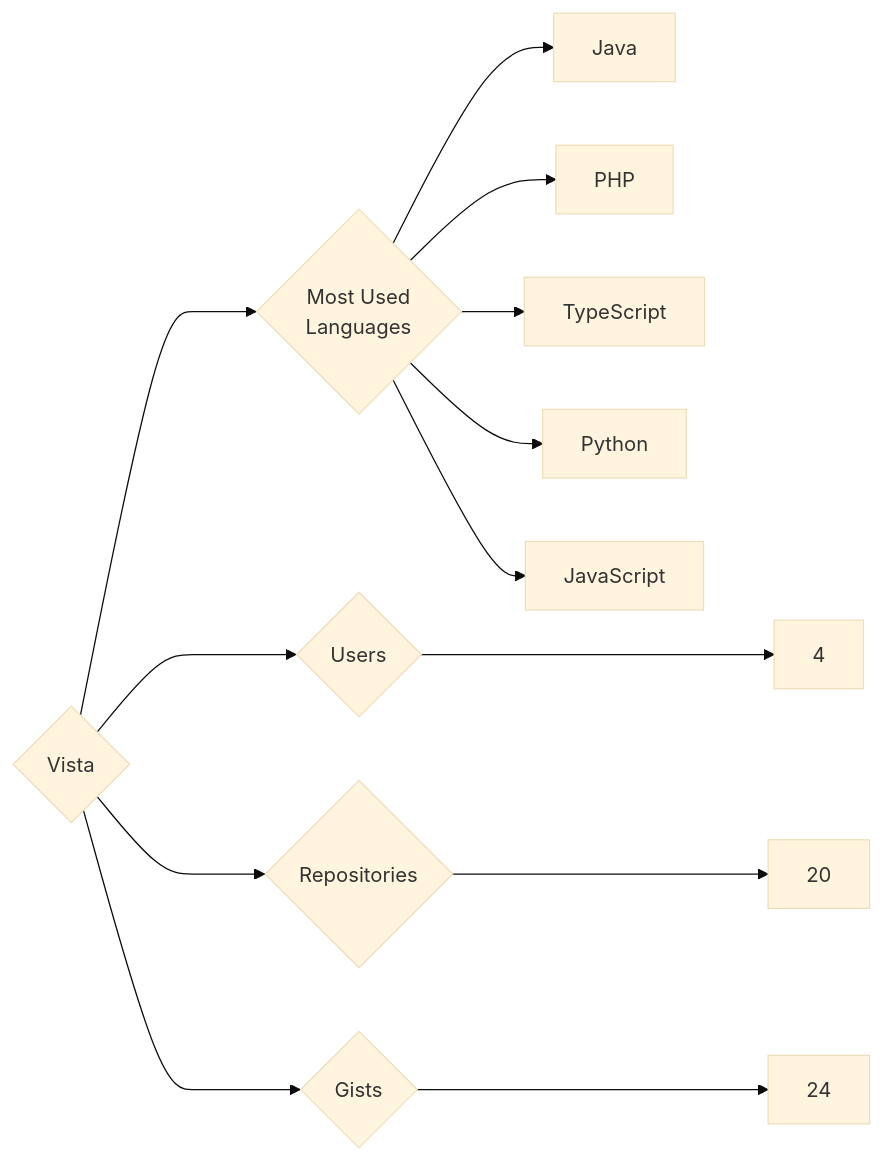
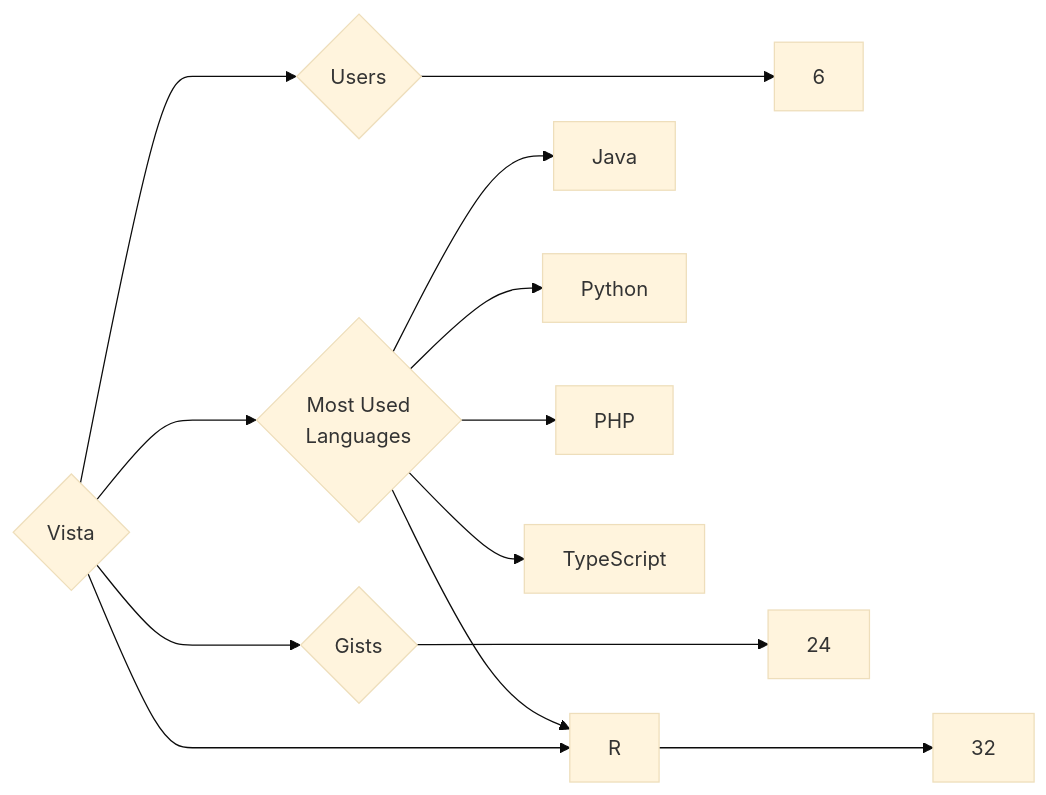
One commit to trickest/insiders changed the diagram in targets/Vista/README.md. Above: the diagram before and after it, drawn with Mermaid (base theme). The commit also changed 725 other files, not shown here.

````diff
--- a/targets/Vista/README.md
+++ b/targets/Vista/README.md
@@ -3,13 +3,13 @@
 ```mermaid
 graph LR
 COMPANY_NAME{Vista}
-COMPANY_NAME ---> U{Users} ---> UN[4]
-COMPANY_NAME ---> R{Repositories} ---> RN[20]
+COMPANY_NAME ---> U{Users} ---> UN[6]
+COMPANY_NAME ---> R{Repositories} ---> RN[32]
 COMPANY_NAME ---> G{Gists} ---> GN[24]
 COMPANY_NAME ---> ML{Most Used<br>Languages}
 ML --> Java[Java]
+ML --> Python[Python]
 ML --> PHP[PHP]
 ML --> TypeScript[TypeScript]
-ML --> Python[Python]
-ML --> JavaScript[JavaScript]
+ML --> R[R]
 ```
````
